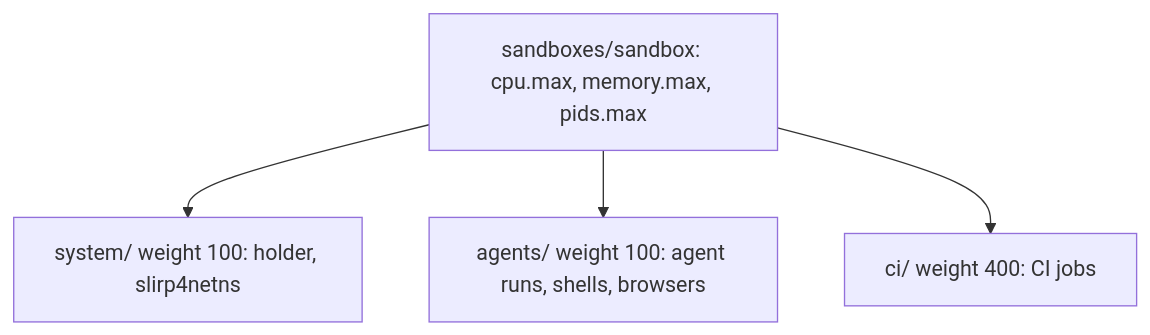
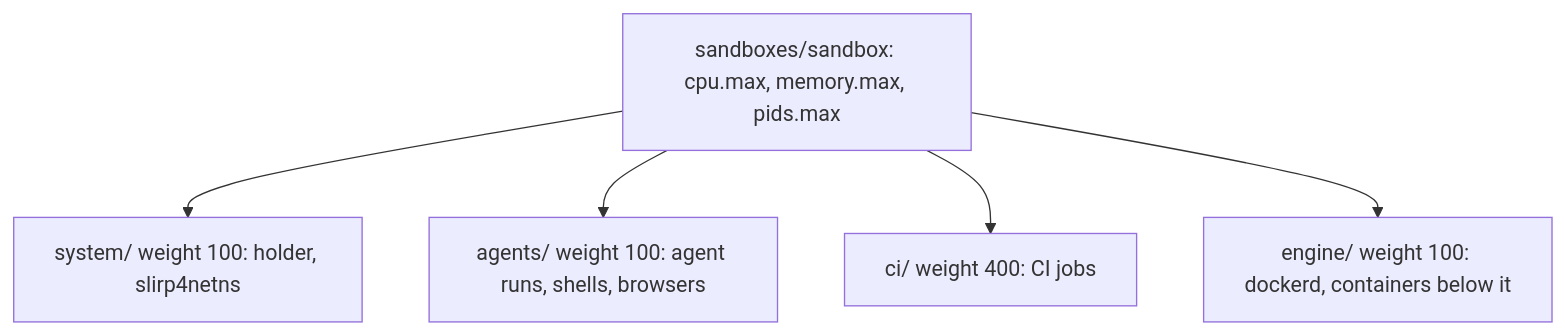
The second of 38 diagrams in docs/architecture.md (Quartio-Studio/yulius), drawn with Mermaid before and after one commit. The commit also changed other lines of this file and 35 other files, not shown here.

````diff
--- a/docs/architecture.md
+++ b/docs/architecture.md
@@ -61,6 +62,7 @@
 ```mermaid
 flowchart TD
   SBX["sandboxes/sandbox: cpu.max, memory.max, pids.max"] --> SYS["system/ weight 100: holder, slirp4netns"]
   SBX --> AGS["agents/ weight 100: agent runs, shells, browsers"]
   SBX --> CIG["ci/ weight 400: CI jobs"]
+  SBX --> ENG["engine/ weight 100: dockerd, containers below it"]
 ```
````
